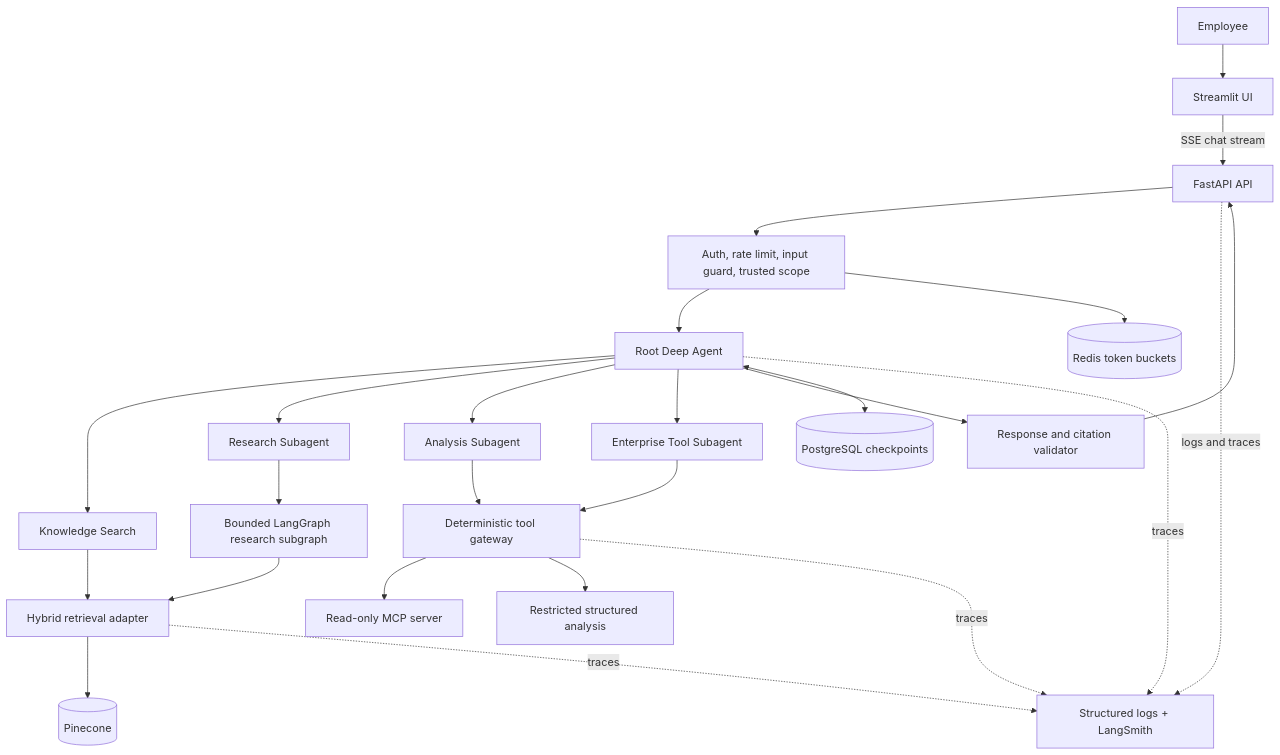
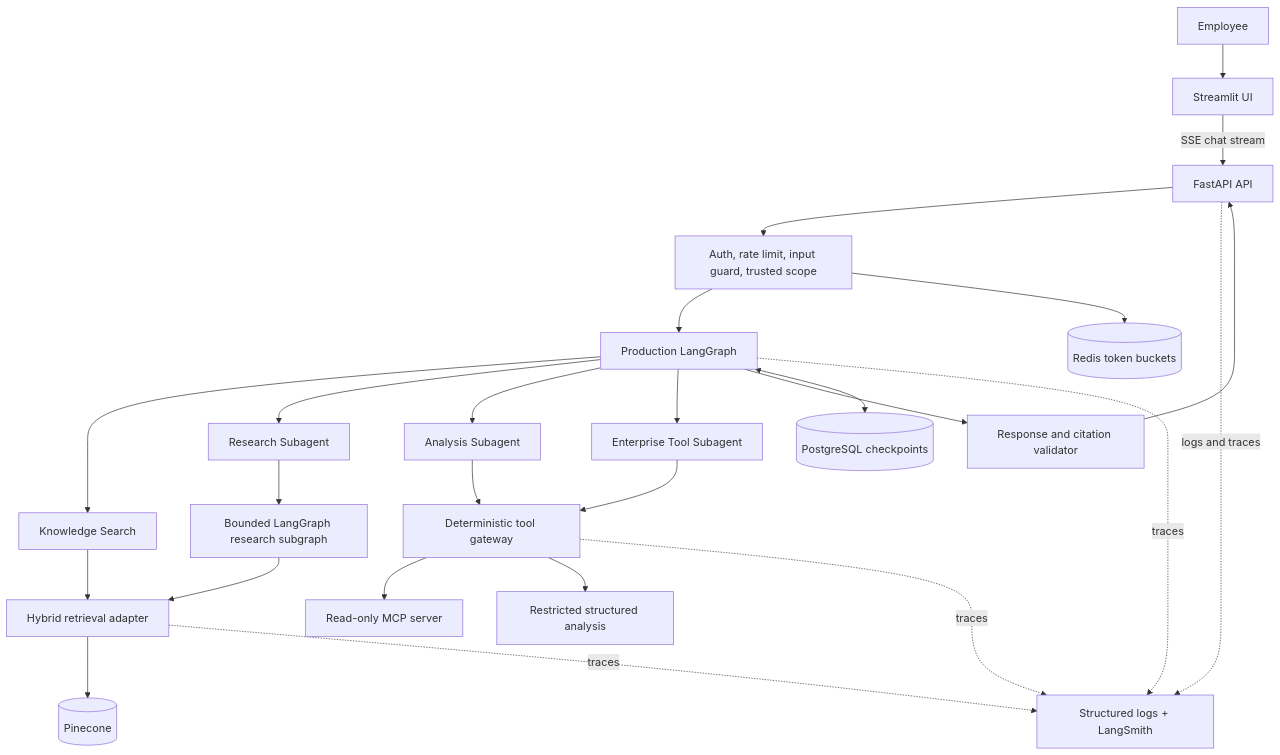
One commit to wssranjula/Orysys-Assistant changed the diagram in docs/architecture.md. Above: the diagram before and after it, drawn with Mermaid. The commit also changed other lines of this file and 23 other files, not shown here.

Commit message:
refactor: consolidate agent runtime on LangGraph

````diff
--- a/docs/architecture.md
+++ b/docs/architecture.md
@@ -5,27 +5,27 @@
 ```mermaid
 flowchart TD
     Employee --> UI[Streamlit UI]
     UI -->|SSE chat stream| API[FastAPI API]
     API --> Controls[Auth, rate limit, input guard, trusted scope]
-    Controls --> Root[Root Deep Agent]
+    Controls --> Root[Production LangGraph]
     Root --> Search[Knowledge Search]
     Root --> Research[Research Subagent]
     Root --> Analysis[Analysis Subagent]
     Root --> Enterprise[Enterprise Tool Subagent]
     Research --> RLM[Bounded LangGraph research subgraph]
     Search --> Retrieval[Hybrid retrieval adapter]
     RLM --> Retrieval
     Retrieval --> Pinecone[(Pinecone)]
     Analysis --> Gateway[Deterministic tool gateway]
     Enterprise --> Gateway
     Gateway --> MCP[Read-only MCP server]
     Gateway --> Structured[Restricted structured analysis]
     Root --> Output[Response and citation validator]
     Output --> API
     Root <--> Memory[(PostgreSQL checkpoints)]
     Controls --> Redis[(Redis token buckets)]
     API -. logs and traces .-> Observability[Structured logs + LangSmith]
     Root -. traces .-> Observability
     Retrieval -. traces .-> Observability
     Gateway -. traces .-> Observability
 ```
````
